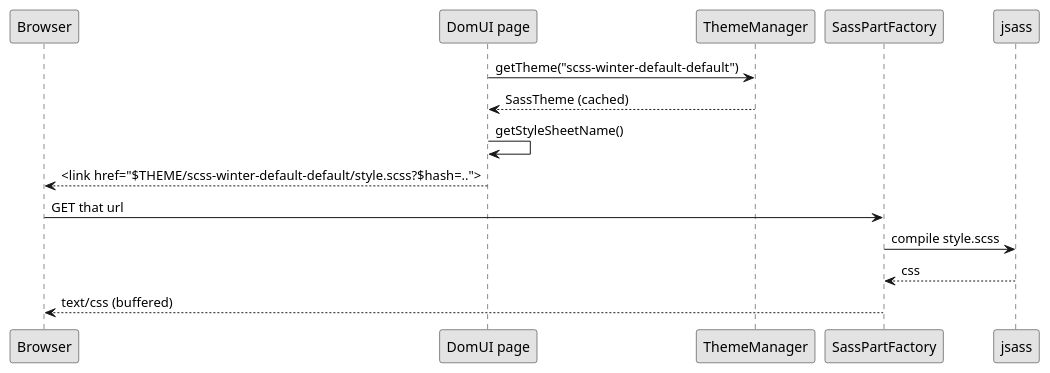
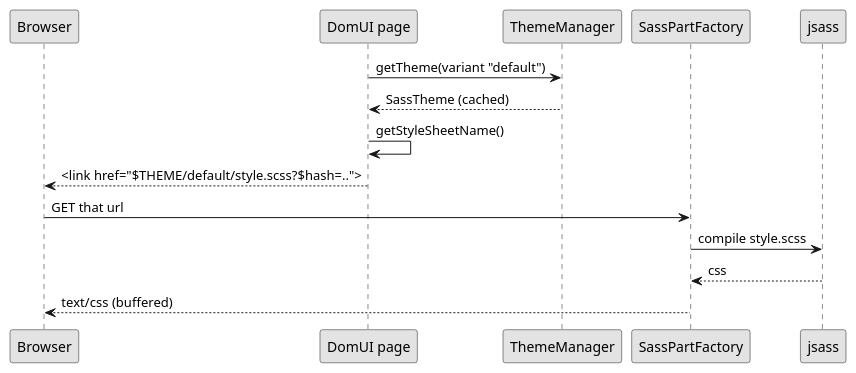
Before and after one commit to fjalvingh/domui.github.io: the diagram in site/content/look-and-feel/themes/index.md, drawn with PlantUML. The commit also changed other lines of this file and 1 other file, not shown here.

Commit message:
[theme-simplify] Remove ability to have multiple themes at runtime

````diff
--- a/site/content/look-and-feel/themes/index.md
+++ b/site/content/look-and-feel/themes/index.md
@@ -84,20 +99,20 @@
 ```plantuml
 @startuml
 skinparam monochrome true
 skinparam shadowing false
 participant Browser
 participant "DomUI page" as Page
 participant ThemeManager
 participant SassPartFactory
 participant "jsass" as Sass
 
-Page -> ThemeManager: getTheme("scss-winter-default-default")
+Page -> ThemeManager: getTheme(variant "default")
 ThemeManager --> Page: SassTheme (cached)
 Page -> Page: getStyleSheetName()
-Page --> Browser: <link href="$THEME/scss-winter-default-default/style.scss?$hash=..">
+Page --> Browser: <link href="$THEME/default/style.scss?$hash=..">
 Browser -> SassPartFactory: GET that url
 SassPartFactory -> Sass: compile style.scss
 Sass --> SassPartFactory: css
 SassPartFactory --> Browser: text/css (buffered)
 @enduml
 ```
````
